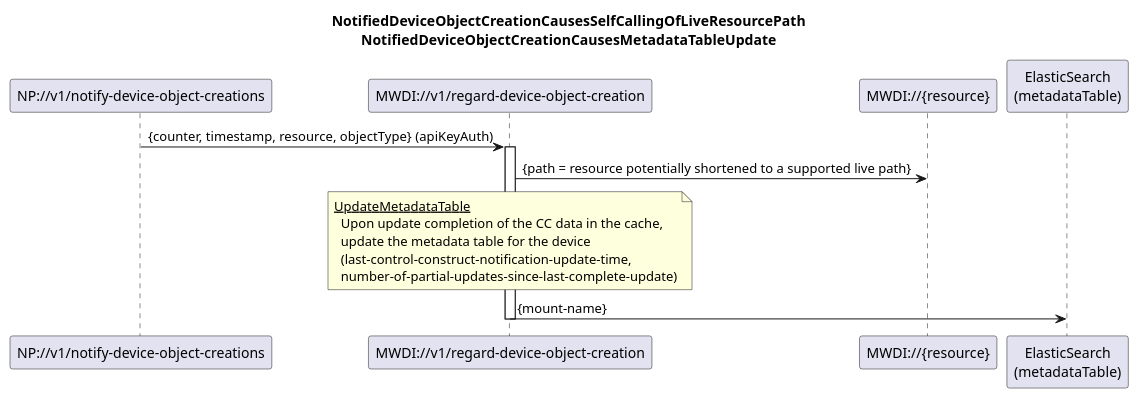
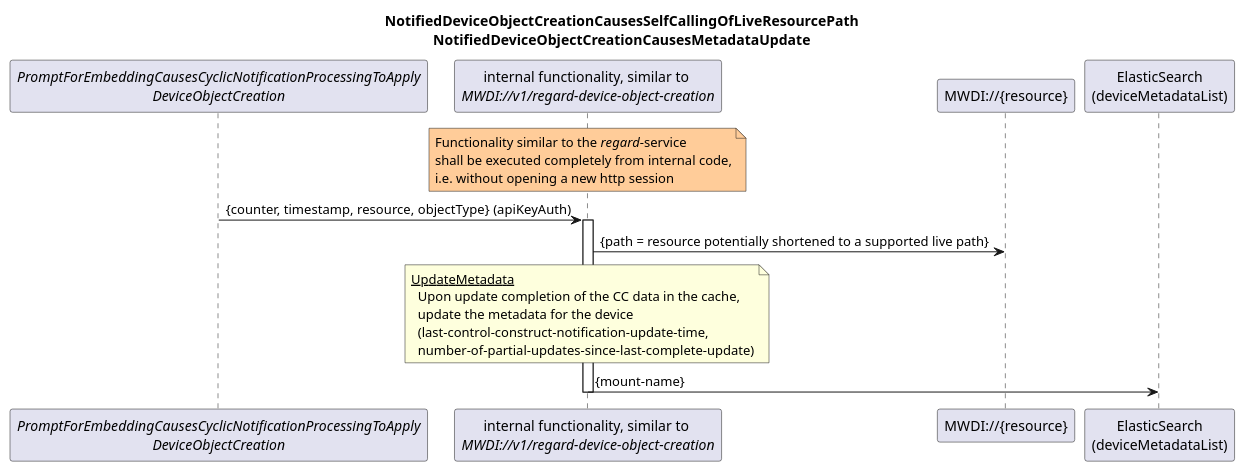
One commit to openBackhaul/MicroWaveDeviceInventory changed the diagram in spec/diagrams/024_NotificationBasedObjectCreation.plantuml. Above: the diagram before and after it, drawn with PlantUML. The commit also changed 181 other files, not shown here.

```diff
--- a/spec/diagrams/024_NotificationBasedObjectCreation.plantuml
+++ b/spec/diagrams/024_NotificationBasedObjectCreation.plantuml
@@ -1,29 +1,35 @@
 @startuml 024_NotificationBasedObjectCreation
 skinparam responseMessageBelowArrow true
 
 title 
   NotifiedDeviceObjectCreationCausesSelfCallingOfLiveResourcePath
-  NotifiedDeviceObjectCreationCausesMetadataTableUpdate
+  NotifiedDeviceObjectCreationCausesMetadataUpdate
 end title
 
-participant "NP://v1/notify-device-object-creations" as subscription
-participant "MWDI://v1/regard-device-object-creation" as regardObjectCreation
+participant "<i>PromptForEmbeddingCausesCyclicNotificationProcessingToApply</i>\n<i>DeviceObjectCreation</i>" as init
+participant "internal functionality, similar to \n<i>MWDI://v1/regard-device-object-creation</i>" as regardObjectCreation
 participant "MWDI://{resource}" as odlCreatedObject
-participant "ElasticSearch\n(metadataTable)" as es
+participant "ElasticSearch\n(deviceMetadataList)" as es
 
-subscription -> regardObjectCreation: {counter, timestamp, resource, objectType} (apiKeyAuth)
+note over regardObjectCreation #ffcc99
+  Functionality similar to the <i>regard</i>-service
+  shall be executed completely from internal code,
+  i.e. without opening a new http session
+end note
+
+init -> regardObjectCreation: {counter, timestamp, resource, objectType} (apiKeyAuth)
 activate regardObjectCreation
 
 regardObjectCreation -> odlCreatedObject: {path = resource potentially shortened to a supported live path}
 
 note over regardObjectCreation
-  <u>UpdateMetadataTable</u>
+  <u>UpdateMetadata</u>
     Upon update completion of the CC data in the cache,
-    update the metadata table for the device
+    update the metadata for the device
     (last-control-construct-notification-update-time,
     number-of-partial-updates-since-last-complete-update)
 end note
 regardObjectCreation -> es: {mount-name}
 
 deactivate regardObjectCreation
 @enduml
```
